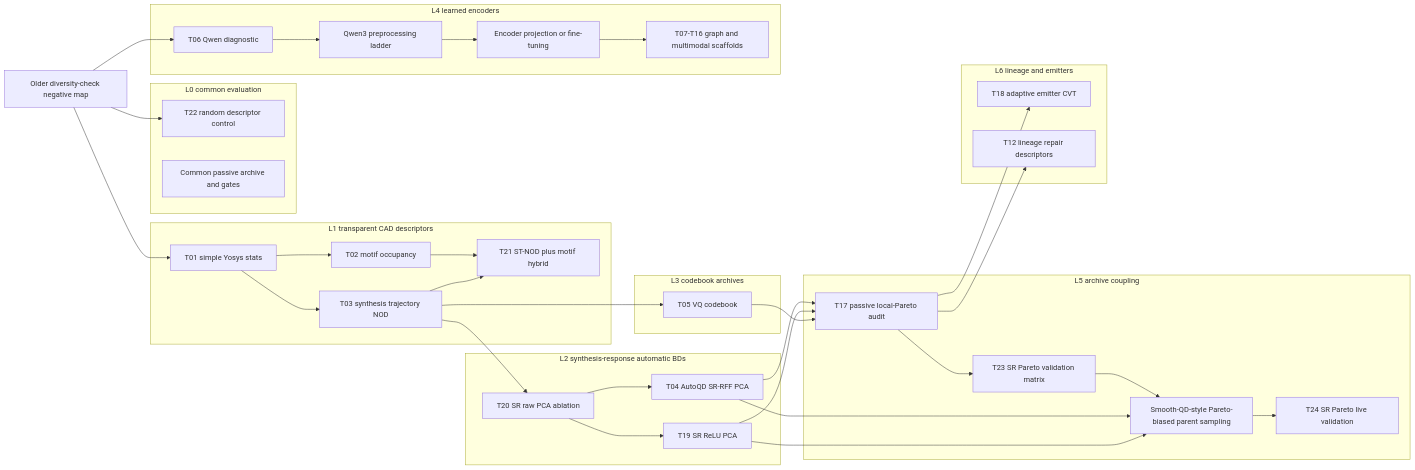
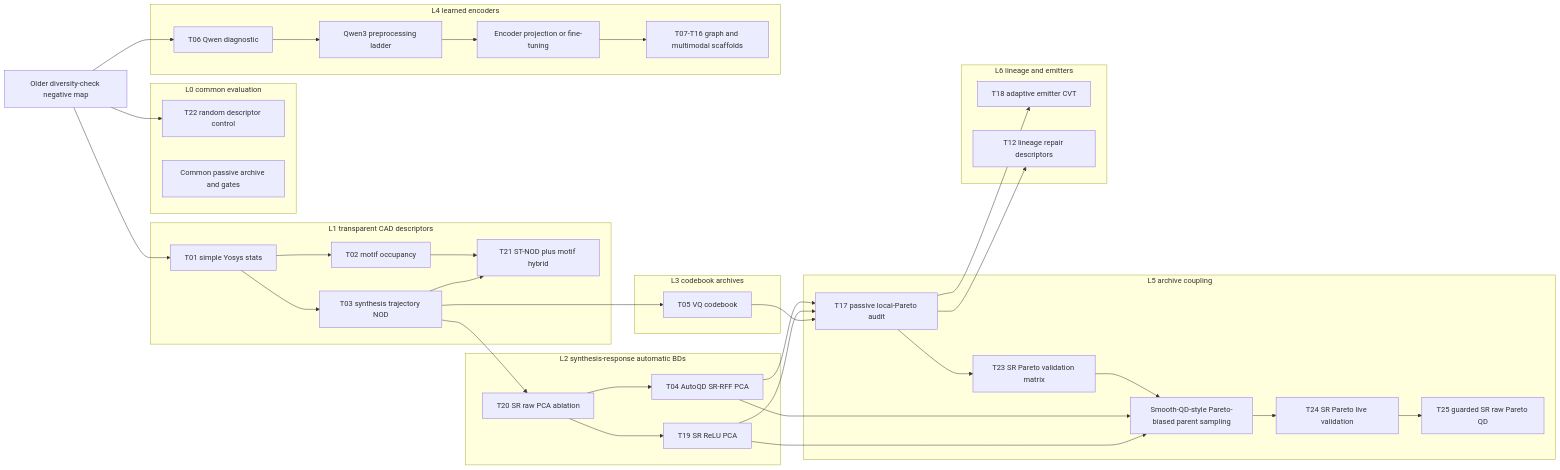
Before and after one commit to kmcho2019/REvolution: the first of 2 diagrams in docs/journal_features/revamp_history/20260622_010615_KST_useful_bd_push/technique_lanes.md, drawn with Mermaid. The commit also changed other lines of this file and 21 other files, not shown here.

First line of the commit message:
feat(qd): Add guarded SR raw schedule

````diff
--- a/docs/journal_features/revamp_history/20260622_010615_KST_useful_bd_push/technique_lanes.md
+++ b/docs/journal_features/revamp_history/20260622_010615_KST_useful_bd_push/technique_lanes.md
@@ -75,70 +75,72 @@
 ```mermaid
 flowchart LR
   A[Older diversity-check negative map]
 
   subgraph L0[L0 common evaluation]
     Q[T22 random descriptor control]
     V[Common passive archive and gates]
   end
 
   subgraph L1[L1 transparent CAD descriptors]
     B[T01 simple Yosys stats]
     C[T02 motif occupancy]
     D[T03 synthesis trajectory NOD]
     P[T21 ST-NOD plus motif hybrid]
   end
 
   subgraph L2[L2 synthesis-response automatic BDs]
     O[T20 SR raw PCA ablation]
     E[T04 AutoQD SR-RFF PCA]
     N[T19 SR ReLU PCA]
   end
 
   subgraph L3[L3 codebook archives]
     F[T05 VQ codebook]
   end
 
   subgraph L4[L4 learned encoders]
     I[T06 Qwen diagnostic]
     J[Qwen3 preprocessing ladder]
     K[Encoder projection or fine-tuning]
     L[T07-T16 graph and multimodal scaffolds]
   end
 
   subgraph L5[L5 archive coupling]
     G[T17 passive local-Pareto audit]
     R[T23 SR Pareto validation matrix]
     H[Smooth-QD-style Pareto-biased parent sampling]
     S[T24 SR Pareto live validation]
+    T[T25 guarded SR raw Pareto QD]
   end
 
   subgraph L6[L6 lineage and emitters]
     M[T18 adaptive emitter CVT]
     W[T12 lineage repair descriptors]
   end
 
   A --> Q
   A --> B
   A --> I
   B --> C
   B --> D
   C --> P
   D --> P
   D --> O
   D --> F
   O --> E
   O --> N
   E --> G
   N --> G
   F --> G
   G --> R
   R --> H
   E --> H
   N --> H
   H --> S
+  S --> T
   I --> J
   J --> K
   K --> L
   G --> M
   G --> W
 ```
````
